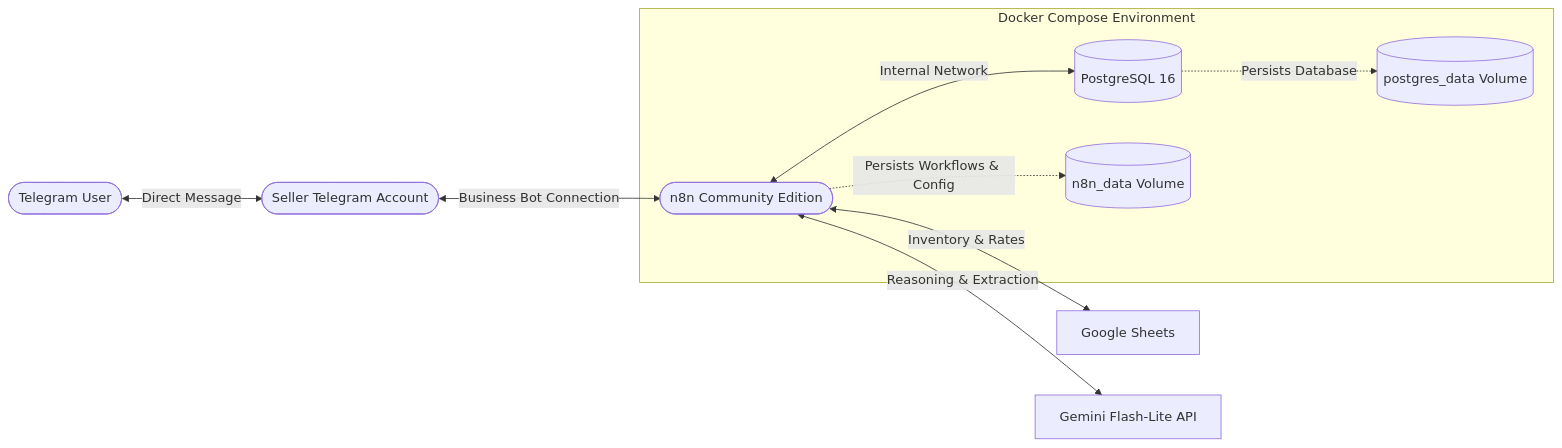
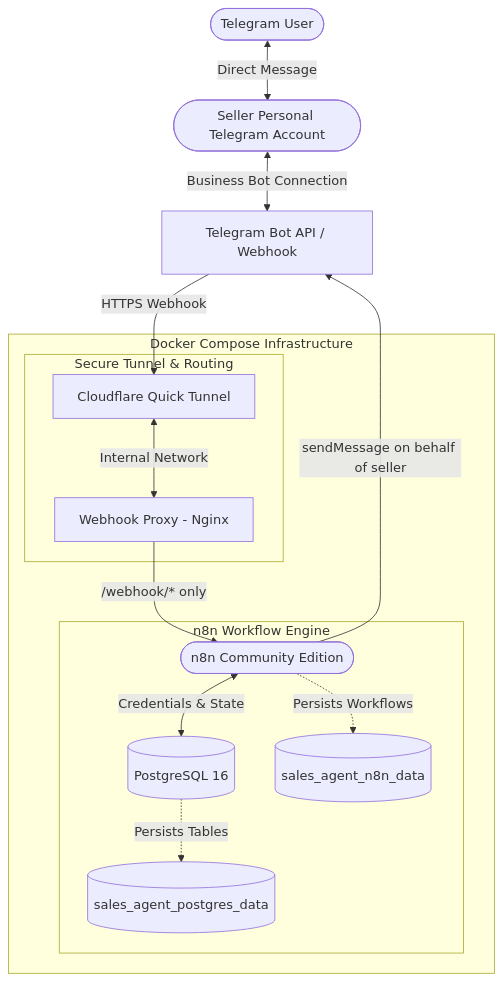
Before and after one commit to ushalabs/AI-Sales-Agent: the diagram in README.md, drawn with Mermaid. The commit also changed other lines of this file and 15 other files, not shown here.

First line of the commit message:
feat(phase-4): integrate Telegram Business messaging workflow with n8n

````diff
--- a/README.md
+++ b/README.md
@@ -9,12 +9,20 @@
 ```mermaid
-flowchart LR
-    Customer([Telegram User]) <-->|Direct Message| TelegramSeller([Seller Telegram Account])
-    TelegramSeller <-->|Business Bot Connection| N8N([n8n Community Edition])
-    subgraph Local Infrastructure [Docker Compose Environment]
-        N8N <-->|Internal Network| Postgres[(PostgreSQL 16)]
-        N8N -.->|Persists Workflows & Config| VolN8n[(n8n_data Volume)]
-        Postgres -.->|Persists Database| VolPG[(postgres_data Volume)]
+flowchart TD
+    Customer([Telegram User]) <-->|Direct Message| TelegramSeller([Seller Personal Telegram Account])
+    TelegramSeller <-->|Business Bot Connection| TGServers[Telegram Bot API / Webhook]
+
+    subgraph Local Dev Environment [Docker Compose Infrastructure]
+        subgraph Public Ingress [Secure Tunnel & Routing]
+            Cloudflare[Cloudflare Quick Tunnel] <-->|Internal Network| Nginx[Webhook Proxy - Nginx]
+        end
+        subgraph Application Core [n8n Workflow Engine]
+            Nginx -->|/webhook/* only| N8N([n8n Community Edition])
+            N8N <-->|Credentials & State| Postgres[(PostgreSQL 16)]
+            N8N -.->|Persists Workflows| VolN8N[(sales_agent_n8n_data)]
+            Postgres -.->|Persists Tables| VolPG[(sales_agent_postgres_data)]
+        end
     end
-    N8N <-->|Inventory & Rates| GSheets[Google Sheets]
-    N8N <-->|Reasoning & Extraction| Gemini[Gemini Flash-Lite API]
+
+    TGServers -->|HTTPS Webhook| Cloudflare
+    N8N -->|sendMessage on behalf of seller| TGServers
 ```
````
